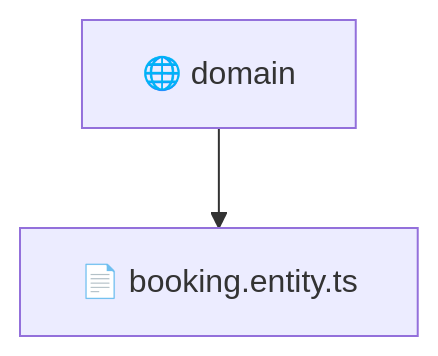
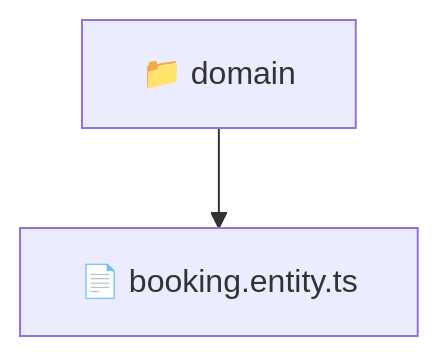
One commit to beginwebdev2002/fullstack-mavluda changed the diagram in backend/src/modules/booking/domain/README.md. Above: the diagram before and after it, drawn with Mermaid. The commit also changed other lines of this file and 159 other files, not shown here.

````diff
--- a/backend/src/modules/booking/domain/README.md
+++ b/backend/src/modules/booking/domain/README.md
@@ -11,5 +9,5 @@
 ```mermaid
 graph TD
-  domain["🌐 domain"]
-  domain --> domain_booking_entity_ts["📄 booking.entity.ts"]
+  Root["📁 domain"]
+  Root --> booking_entity_ts["📄 booking.entity.ts"]
 ```
````
